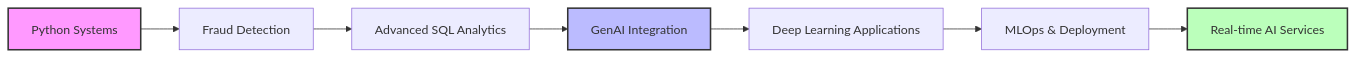
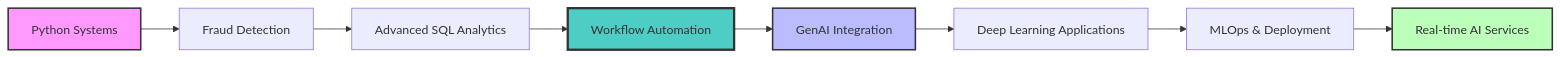
One commit to parthtiwari-dev/parthtiwari-dev changed the diagram in README.md. Above: the diagram before and after it, drawn with Mermaid. The commit also changed other lines of this file, not shown here.

First line of the commit message:
✨ Feature FlowForge as latest project and enhance profile with workflow automation skillsUpdate README.md

````diff
--- a/README.md
+++ b/README.md
@@ -112,13 +116,15 @@
 ```mermaid
 graph LR
     A[Python Systems] --> B[Fraud Detection]
     B --> C[Advanced SQL Analytics]
-    C --> D[GenAI Integration]
-    D --> E[Deep Learning Applications]
-    E --> F[MLOps & Deployment]
-    F --> G[Real-time AI Services]
+    C --> D[Workflow Automation]
+    D --> E[GenAI Integration]
+    E --> F[Deep Learning Applications]
+    F --> G[MLOps & Deployment]
+    G --> H[Real-time AI Services]
     
     style A fill:#f9f,stroke:#333,stroke-width:2px
-    style D fill:#bbf,stroke:#333,stroke-width:2px
-    style G fill:#bfb,stroke:#333,stroke-width:2px
+    style D fill:#4ECDC4,stroke:#333,stroke-width:3px
+    style E fill:#bbf,stroke:#333,stroke-width:2px
+    style H fill:#bfb,stroke:#333,stroke-width:2px
 ```
````
